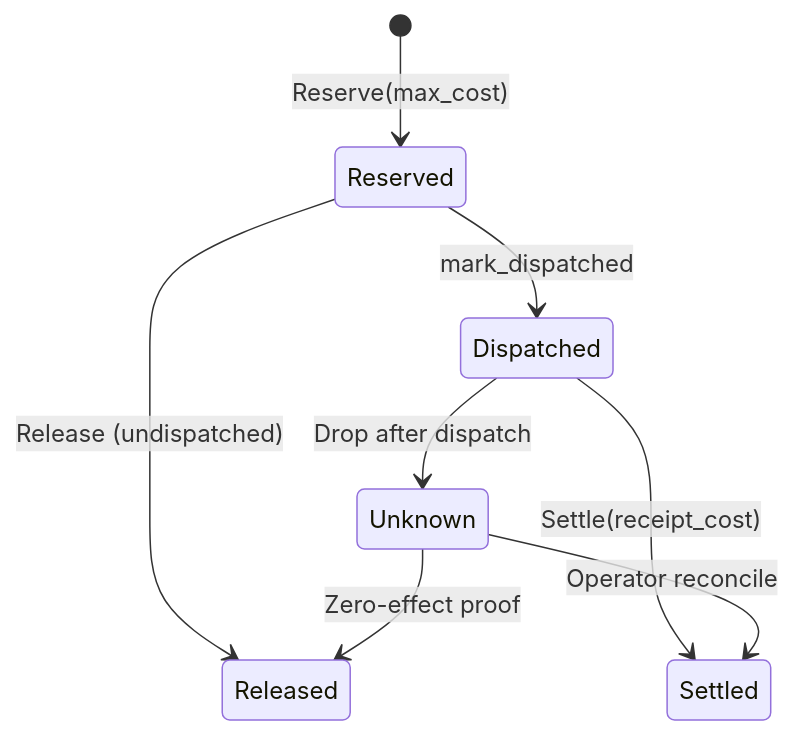
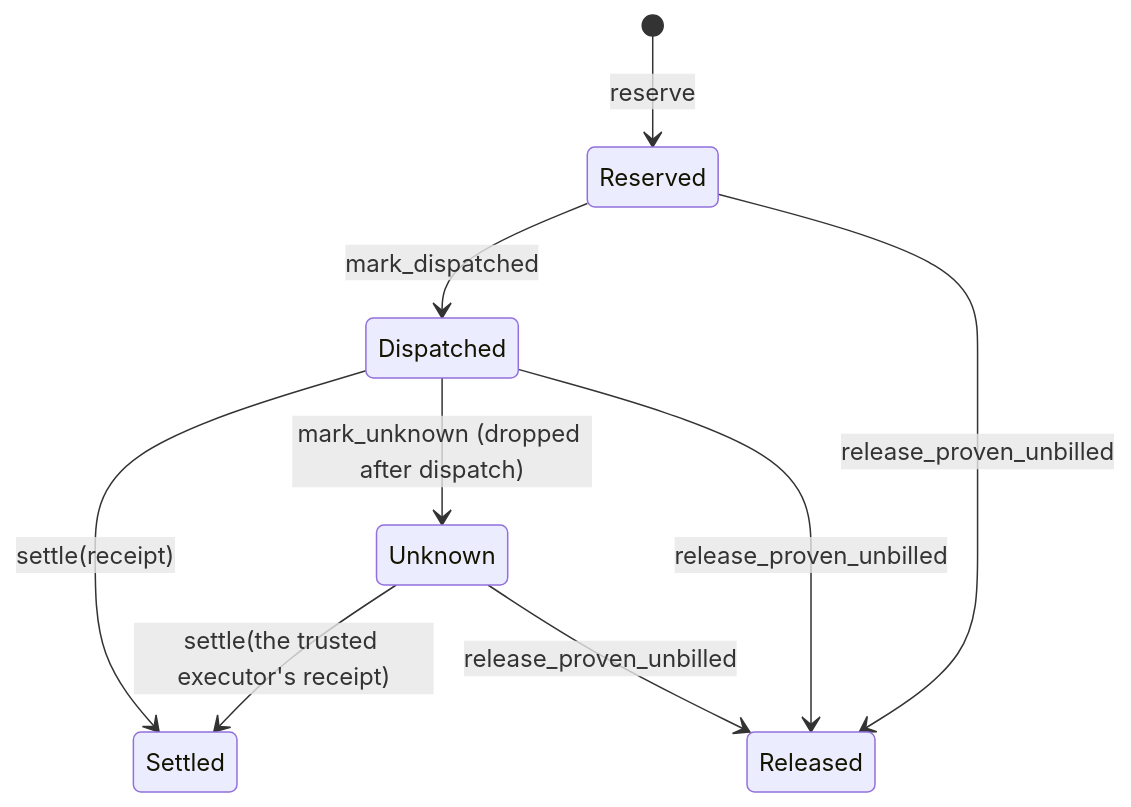
The second of 2 diagrams in docs/ARCHITECTURE.md (GuiBibeau/solos-swarm), drawn with Mermaid before and after one commit. The commit also changed other lines of this file, not shown here.

First line of the commit message:
docs(architecture): map both modes and mark the mvp cluster frozen

````diff
--- a/docs/ARCHITECTURE.md
+++ b/docs/ARCHITECTURE.md
@@ -92,10 +288,11 @@
 ```mermaid
 stateDiagram-v2
-    [*] --> Reserved : Reserve(max_cost)
-    Reserved --> Released : Release (undispatched)
+    [*] --> Reserved : reserve
     Reserved --> Dispatched : mark_dispatched
-    Dispatched --> Settled : Settle(receipt_cost)
-    Dispatched --> Unknown : Drop after dispatch
-    Unknown --> Settled : Operator reconcile
-    Unknown --> Released : Zero-effect proof
+    Dispatched --> Settled : settle(receipt)
+    Dispatched --> Unknown : mark_unknown (dropped after dispatch)
+    Unknown --> Settled : settle(the trusted executor's receipt)
+    Reserved --> Released : release_proven_unbilled
+    Dispatched --> Released : release_proven_unbilled
+    Unknown --> Released : release_proven_unbilled
 ```
````
